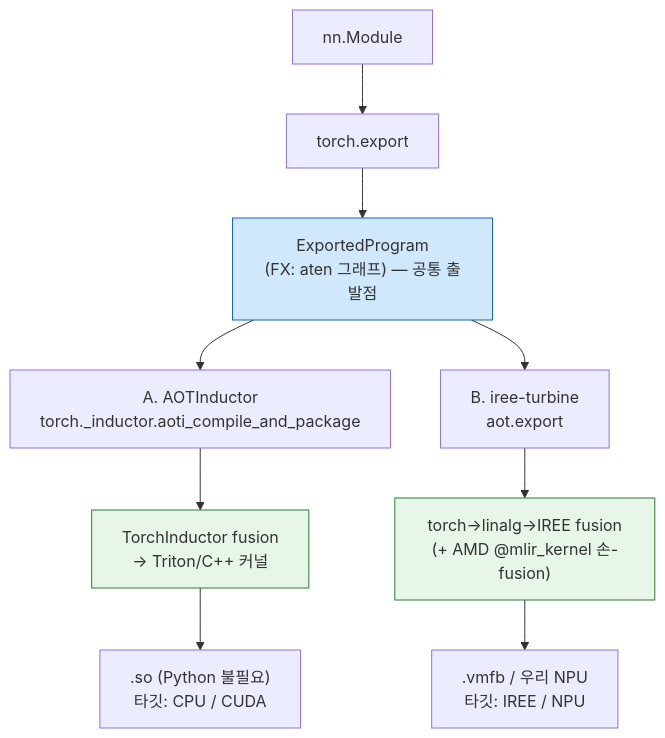
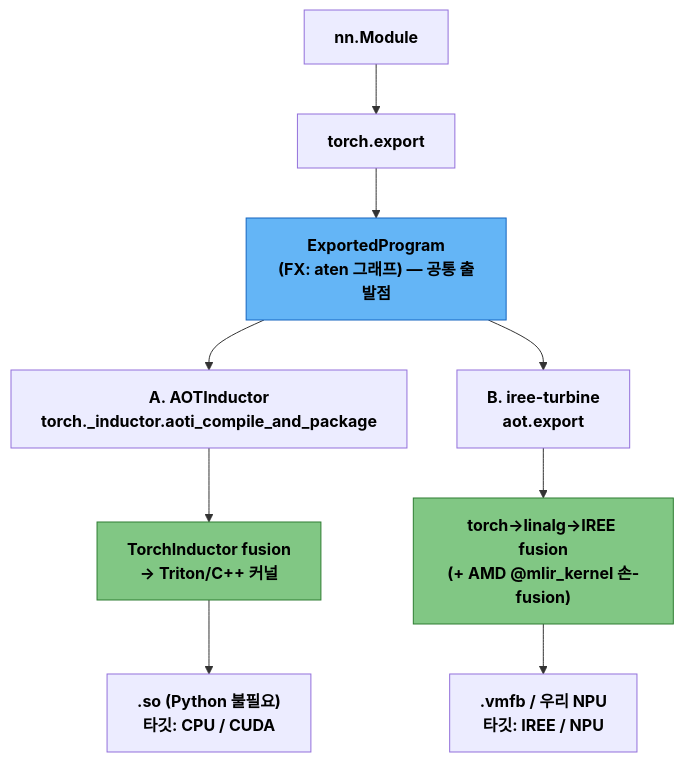
The third of 4 diagrams in docs/easy-series/easy8-detail.md (bhseo98/ssl-npu-harness-framework), drawn with Mermaid before and after one commit. The commit also changed other lines of this file, not shown here.

First line of the commit message:
Enhance easy8-detail.md with flowchart and explanations

````diff
--- a/docs/easy-series/easy8-detail.md
+++ b/docs/easy-series/easy8-detail.md
@@ -51,15 +77,15 @@
 ```mermaid
 flowchart TB
   M["nn.Module"] --> EX["torch.export"]
   EX --> EP["ExportedProgram<br/>(FX: aten 그래프) — 공통 출발점"]
   EP --> A1["A. AOTInductor<br/>torch._inductor.aoti_compile_and_package"]
   EP --> B1["B. iree-turbine<br/>aot.export"]
   A1 --> A2["TorchInductor fusion<br/>→ Triton/C++ 커널"]
   A2 --> A3[".so (Python 불필요)<br/>타깃: CPU / CUDA"]
   B1 --> B2["torch→linalg→IREE fusion<br/>(+ AMD @mlir_kernel 손-fusion)"]
   B2 --> B3[".vmfb / 우리 NPU<br/>타깃: IREE / NPU"]
-  classDef fuse fill:#e8f5e9,stroke:#2e7d32;
-  classDef root fill:#cfe8fc,stroke:#1565c0;
+  classDef fuse fill:#81c784,stroke:#2e7d32,color:#000000,font-weight:bold;
+  classDef root fill:#64b5f6,stroke:#1565c0,color:#000000,font-weight:bold;
   class A2,B2 fuse;
   class EP root;
 ```
````
